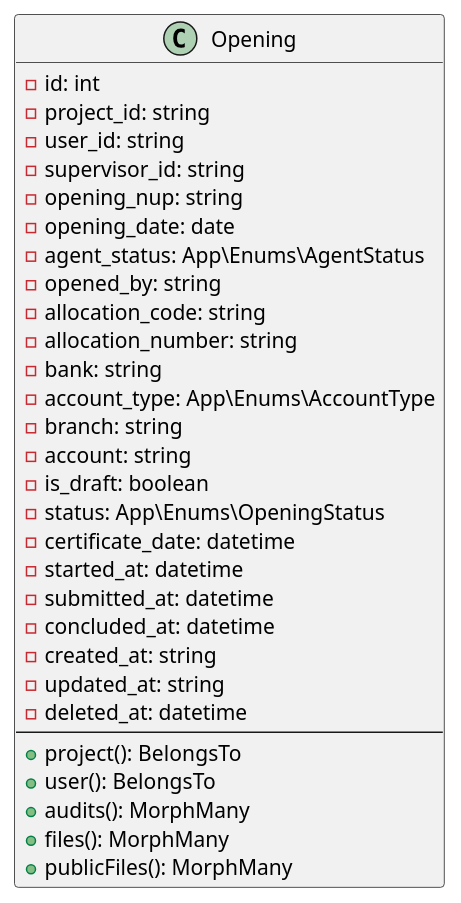
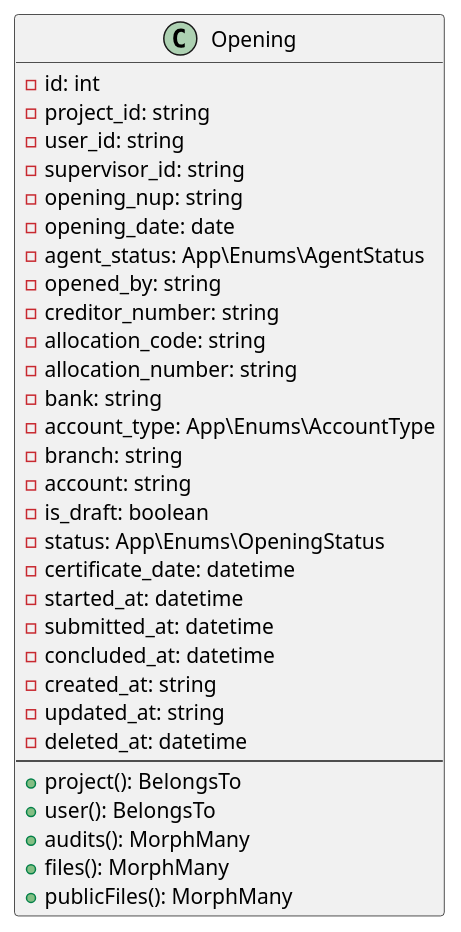
Before and after one commit to secultce/efomento: the diagram in docs/diagrams/classes/Opening.puml, drawn with PlantUML. The commit also changed 11 other files, not shown here.

```diff
--- a/docs/diagrams/classes/Opening.puml
+++ b/docs/diagrams/classes/Opening.puml
@@ -1,35 +1,36 @@
 @startuml Opening
 
 class Opening {
     -id: int
     -project_id: string
     -user_id: string
     -supervisor_id: string
     -opening_nup: string
     -opening_date: date
     -agent_status: App\Enums\AgentStatus
     -opened_by: string
+    -creditor_number: string
     -allocation_code: string
     -allocation_number: string
     -bank: string
     -account_type: App\Enums\AccountType
     -branch: string
     -account: string
     -is_draft: boolean
     -status: App\Enums\OpeningStatus
     -certificate_date: datetime
     -started_at: datetime
     -submitted_at: datetime
     -concluded_at: datetime
     -created_at: string
     -updated_at: string
     -deleted_at: datetime
     --
     +project(): BelongsTo
     +user(): BelongsTo
     +audits(): MorphMany
     +files(): MorphMany
     +publicFiles(): MorphMany
 }
 
 @enduml
```
